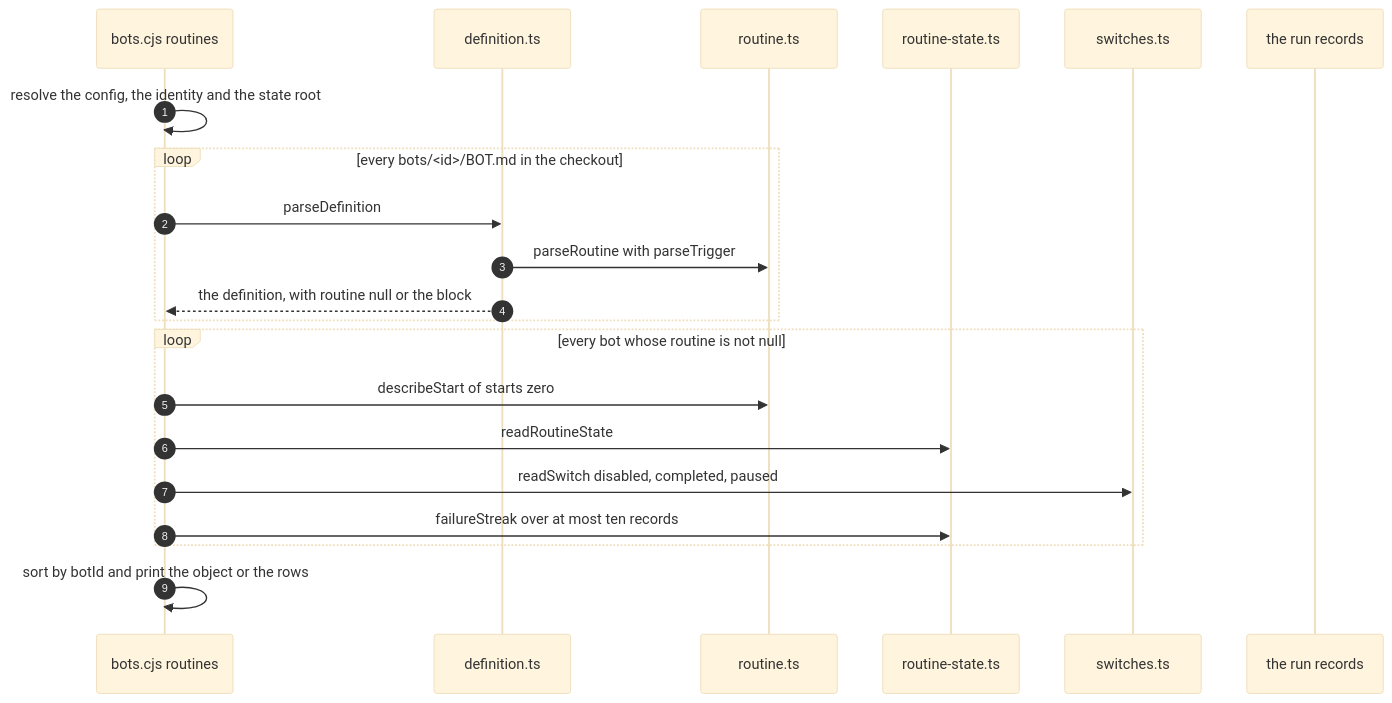
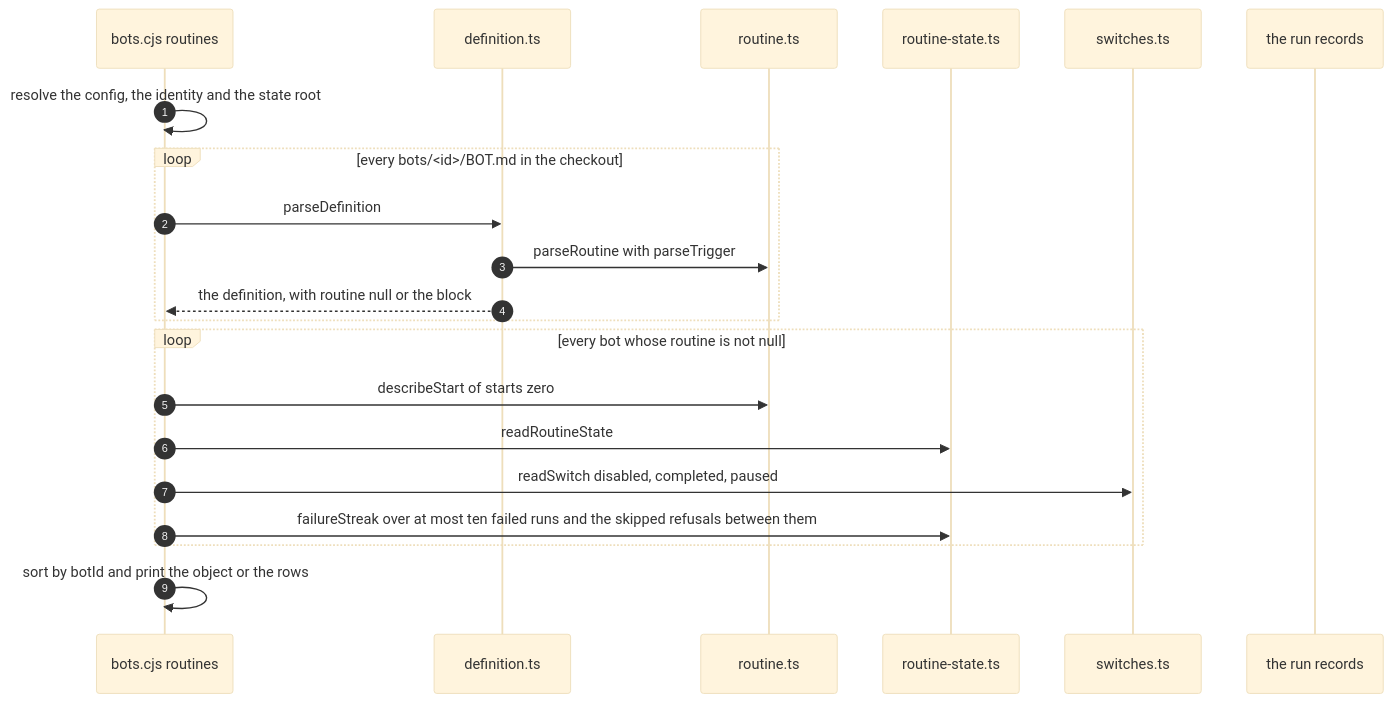
The fifth of 5 diagrams in specs/system-skilled-bots/003-openbot-parity-build/002-routine-layer/design/state-machines.md (MichelKerkmeester/skilled-agent-harness_spec-driven-loops), drawn with Mermaid (base theme) before and after one commit. The commit also changed other lines of this file and 145 other files, not shown here.

````diff
--- a/specs/system-skilled-bots/003-openbot-parity-build/002-routine-layer/design/state-machines.md
+++ b/specs/system-skilled-bots/003-openbot-parity-build/002-routine-layer/design/state-machines.md
@@ -224,23 +224,23 @@
 ```mermaid
 sequenceDiagram
   autonumber
   participant Cl as bots.cjs routines
   participant Df as definition.ts
   participant Rt as routine.ts
   participant Rs as routine-state.ts
   participant Sw as switches.ts
   participant Rc as the run records
   Cl->>Cl: resolve the config, the identity and the state root
   loop every bots/<id>/BOT.md in the checkout
     Cl->>Df: parseDefinition
     Df->>Rt: parseRoutine with parseTrigger
     Df-->>Cl: the definition, with routine null or the block
   end
   loop every bot whose routine is not null
     Cl->>Rt: describeStart of starts zero
     Cl->>Rs: readRoutineState
     Cl->>Sw: readSwitch disabled, completed, paused
-    Cl->>Rs: failureStreak over at most ten records
+    Cl->>Rs: failureStreak over at most ten failed runs and the skipped refusals between them
   end
   Cl->>Cl: sort by botId and print the object or the rows
 ```
````
